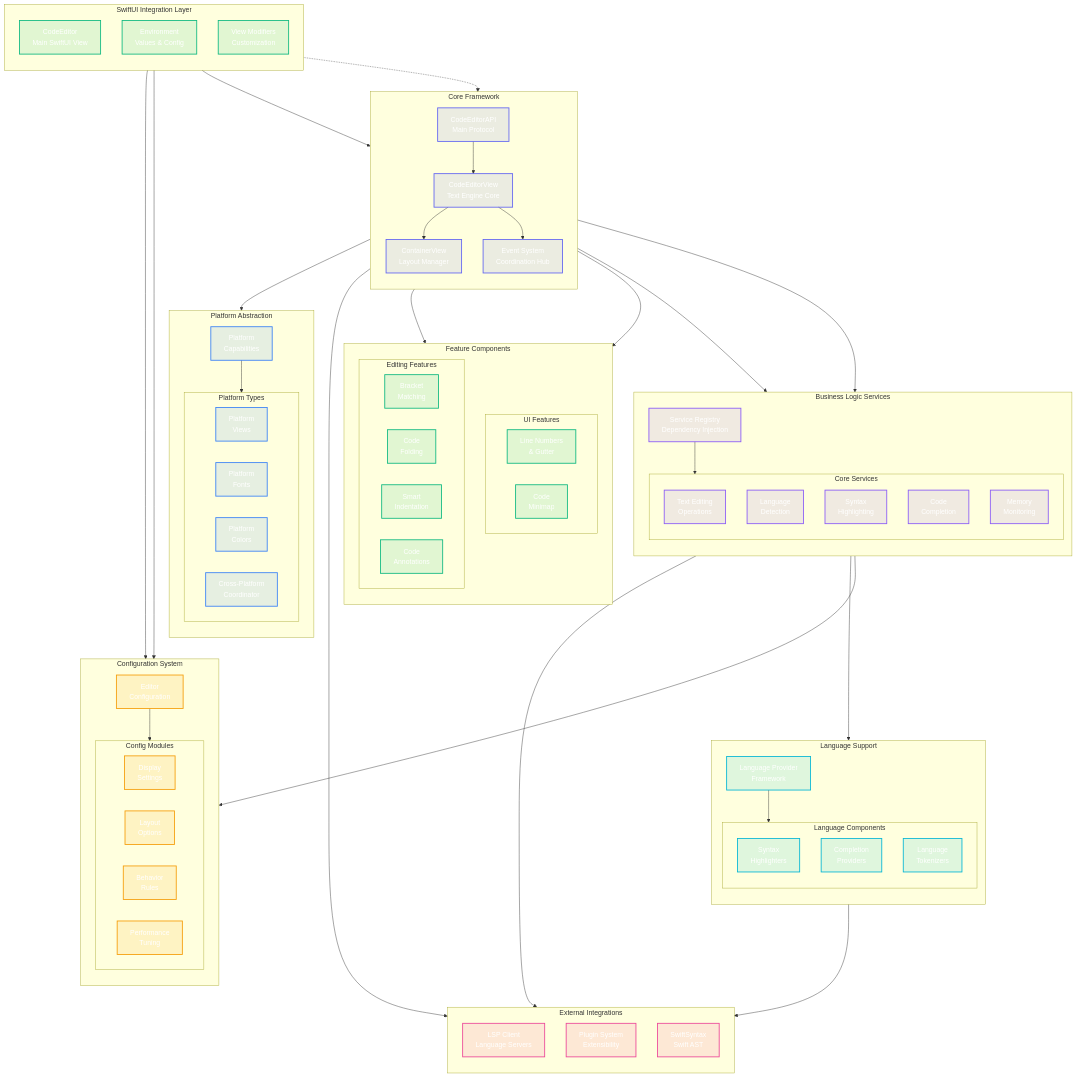
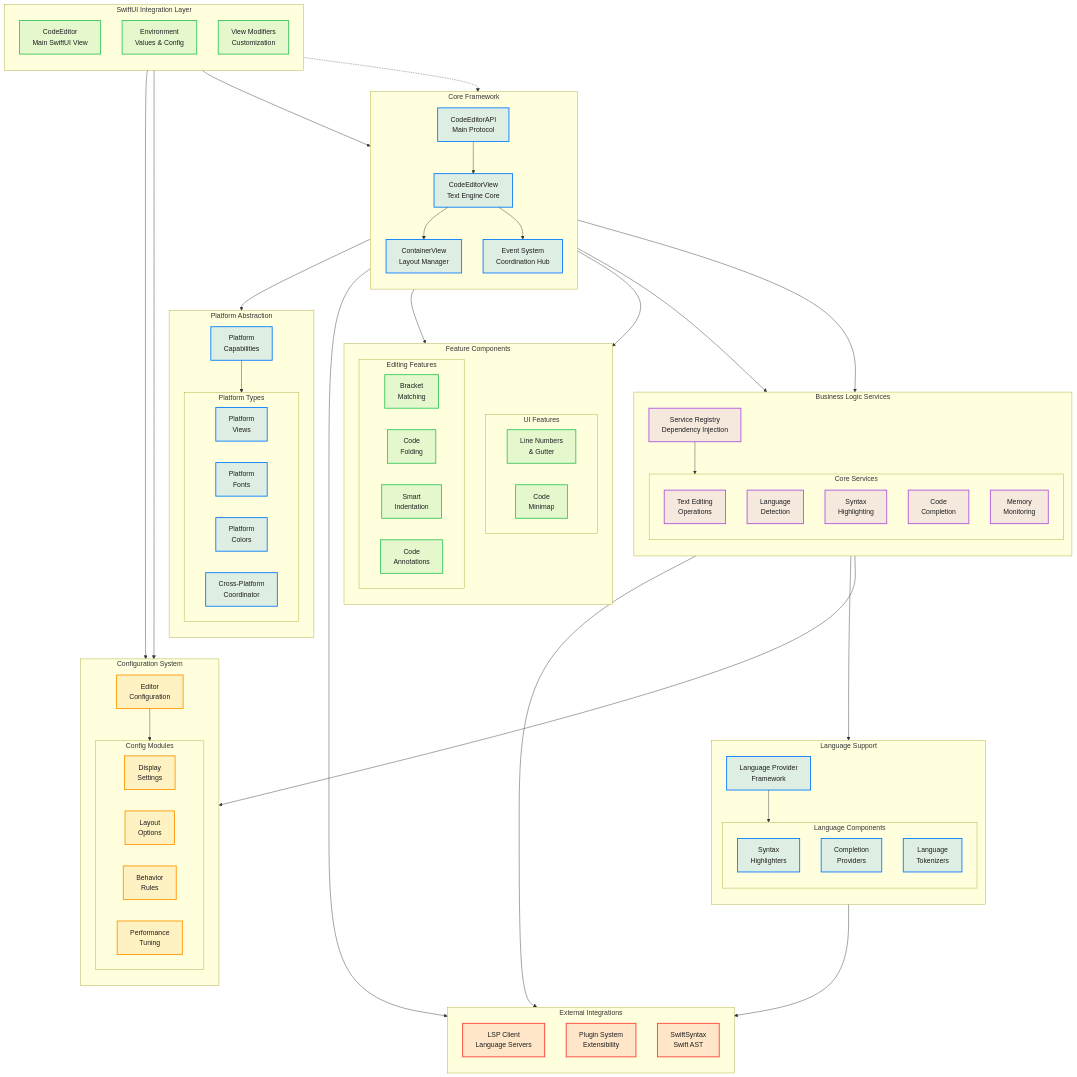
The diagram in Diagrams/01-high-level-architecture.md (ajmcclary/CodeEditorKit), drawn with Mermaid before and after one commit. The commit also changed 25 other files, not shown here.

First line of the commit message:
Refactor diagram color schemes for dark mode compatibility and semantic clarity

```diff
--- a/Diagrams/01-high-level-architecture.md
+++ b/Diagrams/01-high-level-architecture.md
@@ -123,15 +123,15 @@
     SHL --> SS
     CEV --> PLG
     
-    %% Styling - Dark mode friendly colors  
-    classDef swiftui fill:#10b98120,stroke:#10b981,stroke-width:2px,color:#fff
-    classDef core fill:#6366f120,stroke:#6366f1,stroke-width:2px,color:#fff
-    classDef service fill:#8b5cf620,stroke:#8b5cf6,stroke-width:2px,color:#fff
-    classDef config fill:#f59e0b20,stroke:#f59e0b,stroke-width:2px,color:#fff
-    classDef platform fill:#3b82f620,stroke:#3b82f6,stroke-width:2px,color:#fff
-    classDef feature fill:#10b98120,stroke:#10b981,stroke-width:2px,color:#fff
-    classDef lang fill:#06b6d420,stroke:#06b6d4,stroke-width:2px,color:#fff
-    classDef external fill:#ec489920,stroke:#ec4899,stroke-width:2px,color:#fff
+    %% Styling - Light/Dark mode compatible colors  
+    classDef swiftui fill:#34C75920,stroke:#34C759,stroke-width:2px,color:#1D1D1F
+    classDef core fill:#007AFF20,stroke:#007AFF,stroke-width:2px,color:#1D1D1F
+    classDef service fill:#AF52DE20,stroke:#AF52DE,stroke-width:2px,color:#1D1D1F
+    classDef config fill:#FF950020,stroke:#FF9500,stroke-width:2px,color:#1D1D1F
+    classDef platform fill:#007AFF20,stroke:#007AFF,stroke-width:2px,color:#1D1D1F
+    classDef feature fill:#34C75920,stroke:#34C759,stroke-width:2px,color:#1D1D1F
+    classDef lang fill:#007AFF20,stroke:#007AFF,stroke-width:2px,color:#1D1D1F
+    classDef external fill:#FF3B3020,stroke:#FF3B30,stroke-width:2px,color:#1D1D1F
     
     %% Apply styling to components
     class SE swiftui
```
